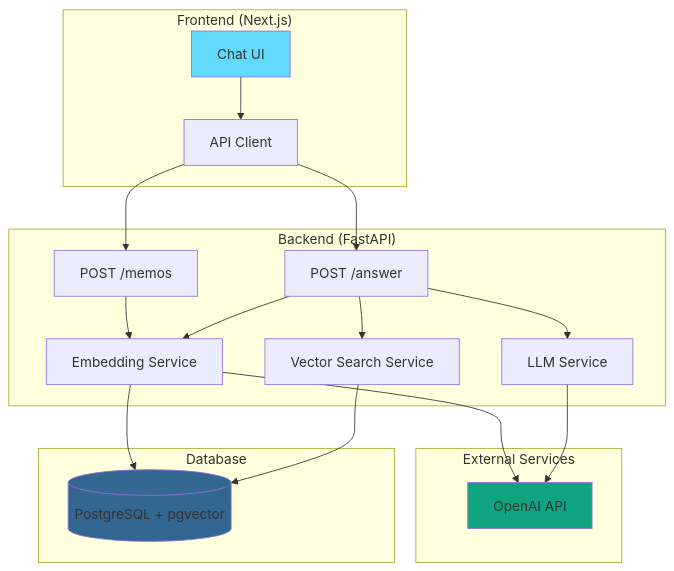
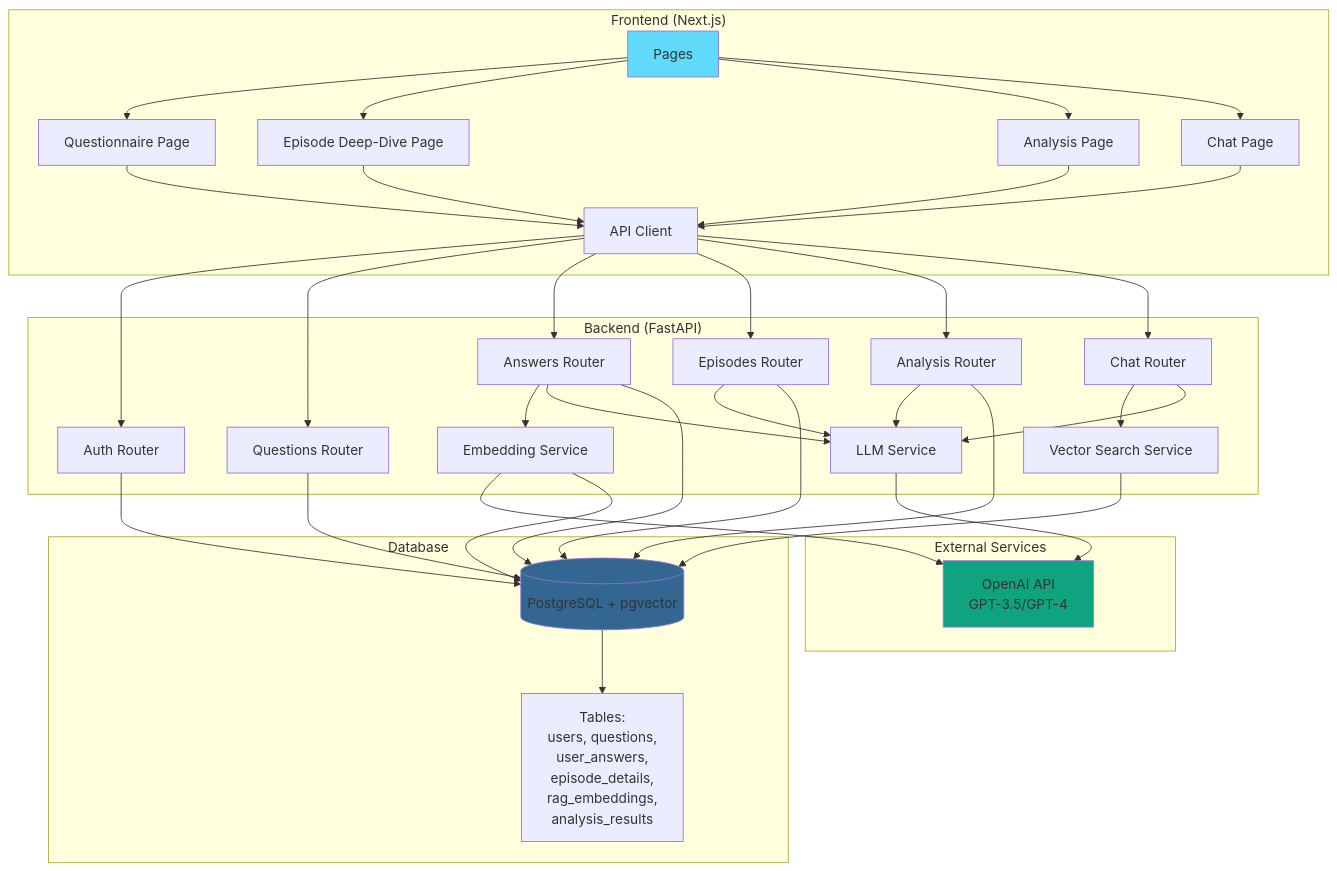
The diagram in README.md (arashi0-git/analysis_of_the_self), drawn with Mermaid before and after one commit. The commit also changed other lines of this file, not shown here.

````diff
--- a/README.md
+++ b/README.md
@@ -59,42 +75,74 @@
 ```mermaid
 graph TB
     subgraph "Frontend (Next.js)"
-        UI[Chat UI]
+        UI[Pages]
+        QUESTIONNAIRE[Questionnaire Page]
+        EPISODE[Episode Deep-Dive Page]
+        ANALYSIS[Analysis Page]
+        CHAT[Chat Page]
         API_CLIENT[API Client]
     end
     
     subgraph "Backend (FastAPI)"
-        MEMO_API[POST /memos]
-        ANSWER_API[POST /answer]
+        AUTH[Auth Router]
+        QUESTION_API[Questions Router]
+        ANSWER_API[Answers Router]
+        EPISODE_API[Episodes Router]
+        ANALYSIS_API[Analysis Router]
+        CHAT_API[Chat Router]
+        
         EMB_SVC[Embedding Service]
         SEARCH_SVC[Vector Search Service]
         LLM_SVC[LLM Service]
     end
     
     subgraph "External Services"
-        OPENAI[OpenAI API]
+        OPENAI[OpenAI API<br/>GPT-3.5/GPT-4]
     end
     
     subgraph "Database"
         POSTGRES[(PostgreSQL + pgvector)]
+        TABLES[Tables:<br/>users, questions,<br/>user_answers,<br/>episode_details,<br/>rag_embeddings,<br/>analysis_results]
     end
     
-    UI --> API_CLIENT
-    API_CLIENT --> MEMO_API
+    UI --> QUESTIONNAIRE
+    UI --> EPISODE
+    UI --> ANALYSIS
+    UI --> CHAT
+    
+    QUESTIONNAIRE --> API_CLIENT
+    EPISODE --> API_CLIENT
+    ANALYSIS --> API_CLIENT
+    CHAT --> API_CLIENT
+    
+    API_CLIENT --> AUTH
+    API_CLIENT --> QUESTION_API
     API_CLIENT --> ANSWER_API
+    API_CLIENT --> EPISODE_API
+    API_CLIENT --> ANALYSIS_API
+    API_CLIENT --> CHAT_API
     
-    MEMO_API --> EMB_SVC
+    ANSWER_API --> EMB_SVC
+    ANSWER_API --> LLM_SVC
+    EPISODE_API --> LLM_SVC
+    ANALYSIS_API --> LLM_SVC
+    CHAT_API --> SEARCH_SVC
+    CHAT_API --> LLM_SVC
+    
     EMB_SVC --> OPENAI
     EMB_SVC --> POSTGRES
-    
-    ANSWER_API --> EMB_SVC
-    ANSWER_API --> SEARCH_SVC
-    ANSWER_API --> LLM_SVC
-    
     SEARCH_SVC --> POSTGRES
     LLM_SVC --> OPENAI
+    
+    AUTH --> POSTGRES
+    QUESTION_API --> POSTGRES
+    ANSWER_API --> POSTGRES
+    EPISODE_API --> POSTGRES
+    ANALYSIS_API --> POSTGRES
+    
+    POSTGRES --> TABLES
     
     style UI fill:#61dafb
     style POSTGRES fill:#336791
     style OPENAI fill:#10a37f
 ```
````
